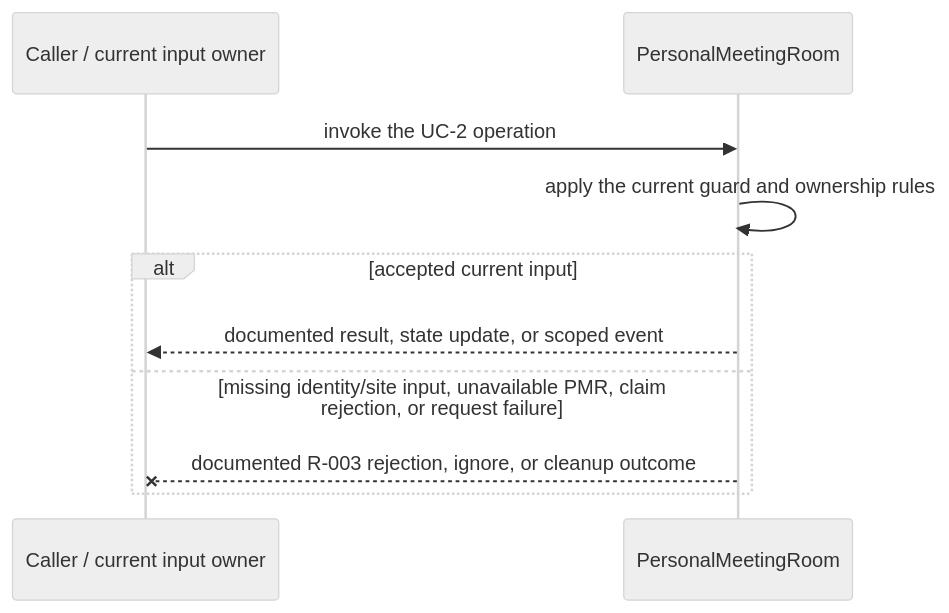
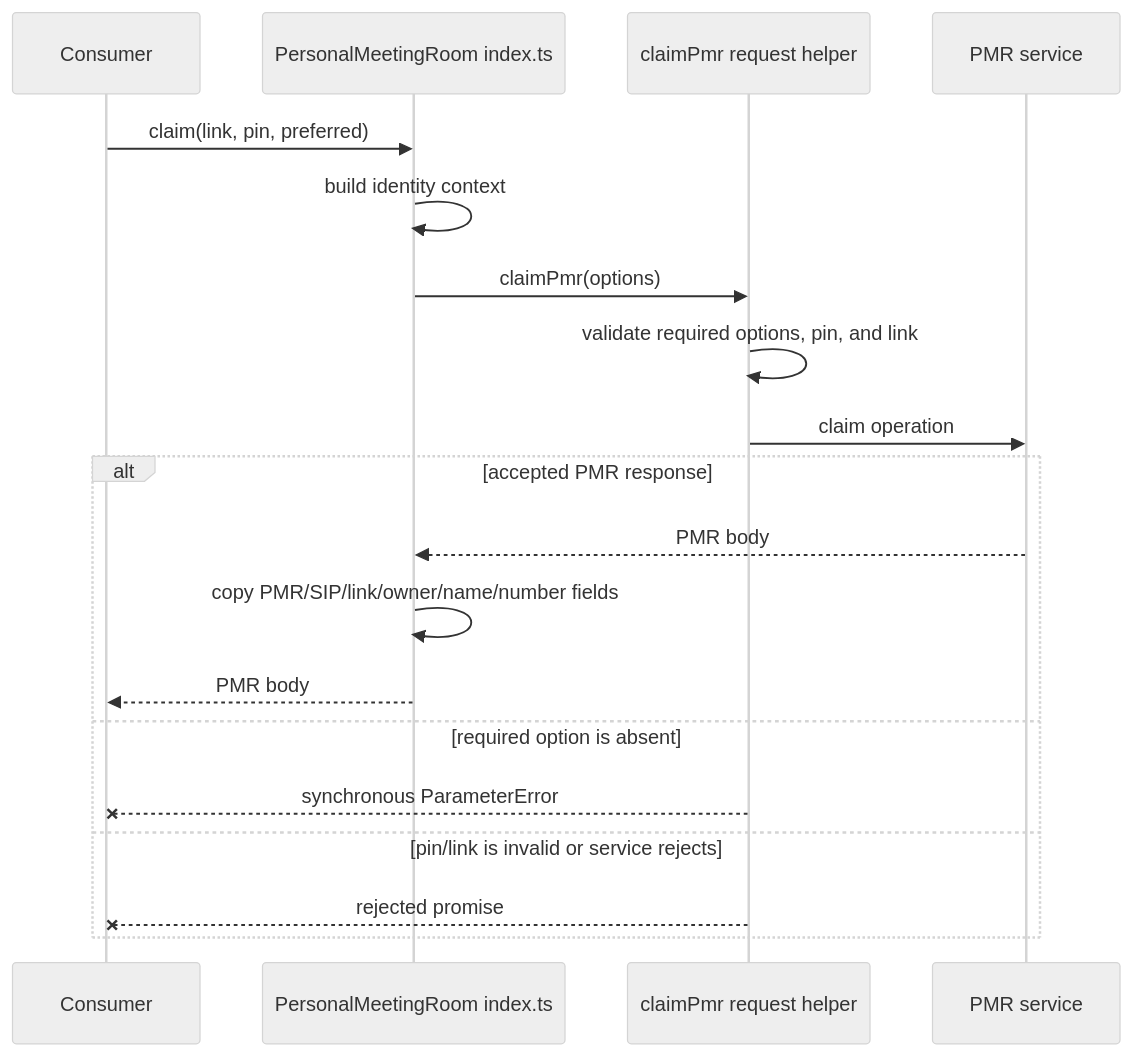
Before and after one commit to webex/webex-js-sdk: the third of 4 diagrams in packages/@webex/plugin-meetings/src/personal-meeting-room/ai-docs/personal-meeting-room-spec.md, drawn with Mermaid (neutral theme). The commit also changed other lines of this file and 24 other files, not shown here.

````diff
--- a/packages/@webex/plugin-meetings/src/personal-meeting-room/ai-docs/personal-meeting-room-spec.md
+++ b/packages/@webex/plugin-meetings/src/personal-meeting-room/ai-docs/personal-meeting-room-spec.md
@@ -136,12 +143,21 @@
 ```mermaid
 sequenceDiagram
-  participant C as Caller / current input owner
-  participant M as PersonalMeetingRoom
-  C->>M: invoke the UC-2 operation
-  M->>M: apply the current guard and ownership rules
-  alt accepted current input
-    M-->>C: documented result, state update, or scoped event
-  else missing identity/site input, unavailable PMR, claim rejection, or request failure
-    M--xC: documented R-003 rejection, ignore, or cleanup outcome
+  participant C as Consumer
+  participant P as PersonalMeetingRoom index.ts
+  participant R as claimPmr request helper
+  participant S as PMR service
+  C->>P: claim(link, pin, preferred)
+  P->>P: build identity context
+  P->>R: claimPmr(options)
+  R->>R: validate required options, pin, and link
+  R->>S: claim operation
+  alt accepted PMR response
+    S-->>P: PMR body
+    P->>P: copy PMR/SIP/link/owner/name/number fields
+    P-->>C: PMR body
+  else required option is absent
+    R--xC: synchronous ParameterError
+  else pin/link is invalid or service rejects
+    R--xC: rejected promise
   end
 ```
````
